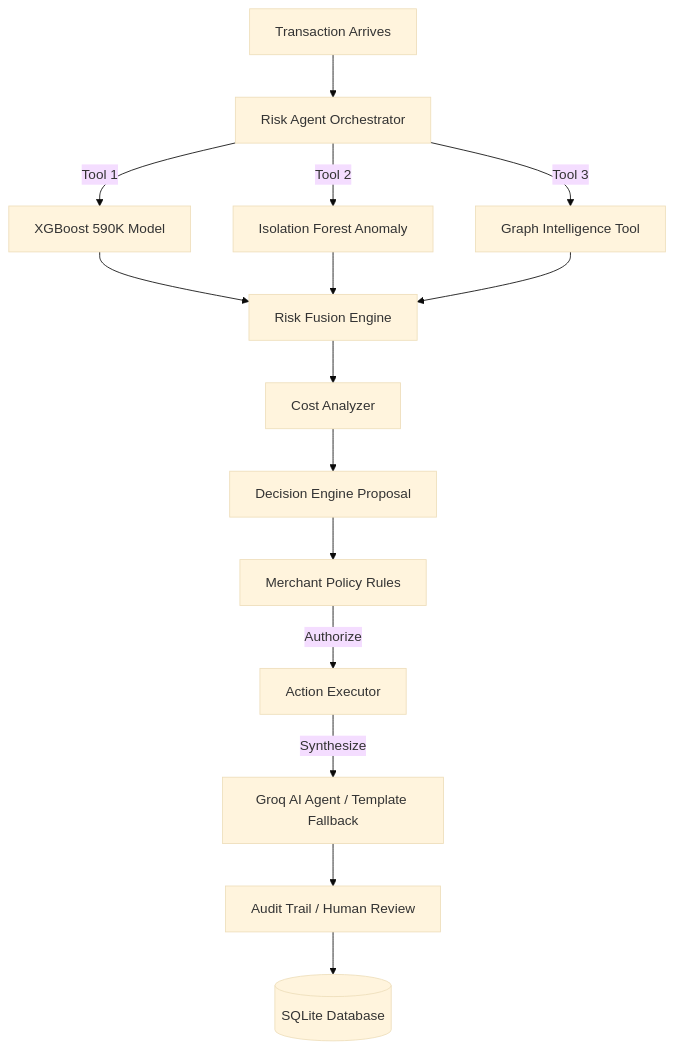
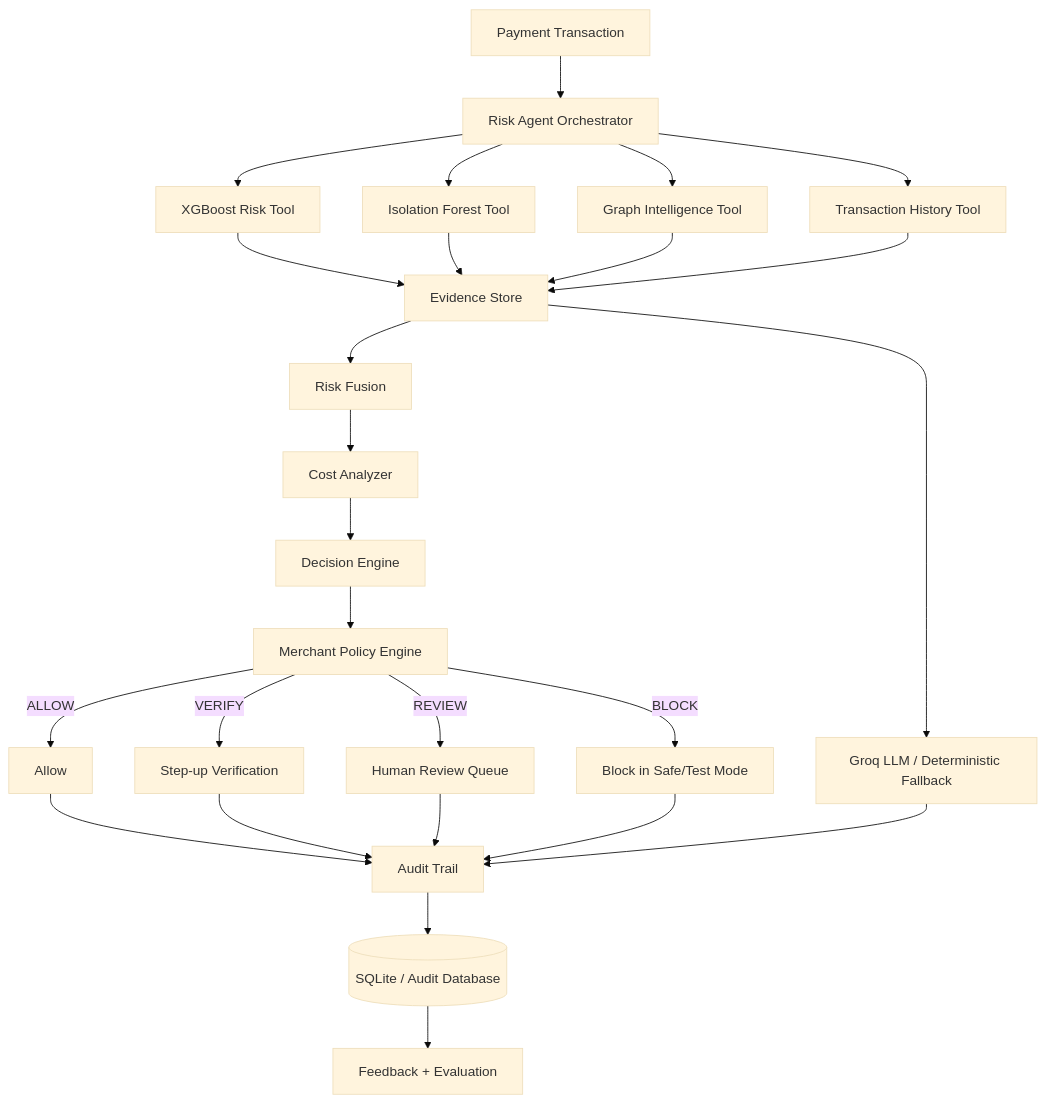
Before and after one commit to Kriti-kumari221/AI_Risk: the diagram in README.md, drawn with Mermaid (base theme). The commit also changed other lines of this file, not shown here.

````diff
--- a/README.md
+++ b/README.md
@@ -38,17 +198,35 @@
 ```mermaid
 graph TD
-    TX[Transaction Arrives] --> Agent[Risk Agent Orchestrator]
-    Agent --> |Tool 1| XGB[XGBoost 590K Model]
-    Agent --> |Tool 2| Anom[Isolation Forest Anomaly]
-    Agent --> |Tool 3| Graph[Graph Intelligence Tool]
-    XGB --> Fusion[Risk Fusion Engine]
-    Anom --> Fusion
-    Graph --> Fusion
-    Fusion --> Cost[Cost Analyzer]
-    Cost --> Decision[Decision Engine Proposal]
-    Decision --> Policy[Merchant Policy Rules]
-    Policy --> |Authorize| Action[Action Executor]
-    Action --> |Synthesize| Groq[Groq AI Agent / Template Fallback]
-    Groq --> Audit[Audit Trail / Human Review]
-    Audit --> DB[(SQLite Database)]
+    TX[Payment Transaction] --> AG[Risk Agent Orchestrator]
+
+    AG --> XGB[XGBoost Risk Tool]
+    AG --> AN[Isolation Forest Tool]
+    AG --> GR[Graph Intelligence Tool]
+    AG --> HI[Transaction History Tool]
+
+    XGB --> EV[Evidence Store]
+    AN --> EV
+    GR --> EV
+    HI --> EV
+
+    EV --> FU[Risk Fusion]
+    FU --> CO[Cost Analyzer]
+    CO --> DE[Decision Engine]
+    DE --> PO[Merchant Policy Engine]
+
+    PO -->|ALLOW| AL[Allow]
+    PO -->|VERIFY| VE[Step-up Verification]
+    PO -->|REVIEW| RV[Human Review Queue]
+    PO -->|BLOCK| BL[Block in Safe/Test Mode]
+
+    AL --> AU[Audit Trail]
+    VE --> AU
+    RV --> AU
+    BL --> AU
+
+    EV --> LLM[Groq LLM / Deterministic Fallback]
+    LLM --> AU
+
+    AU --> DB[(SQLite / Audit Database)]
+    DB --> FB[Feedback + Evaluation]
 ```
````
